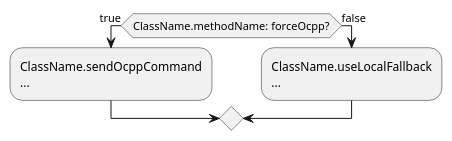
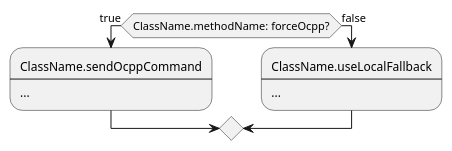
The diagram in tool--plantuml-activity-tree/SKILL.md (machingclee/my-skills), drawn with PlantUML before and after one commit. The commit also changed other lines of this file and 1 other file, not shown here.

````diff
--- a/tool--plantuml-activity-tree/SKILL.md
+++ b/tool--plantuml-activity-tree/SKILL.md
@@ -186,9 +193,11 @@
 ```plantuml
 if (ClassName.methodName: forceOcpp?) then (true)
   :ClassName.sendOcppCommand
-  ...;
+----
+...;
 else (false)
   :ClassName.useLocalFallback
-  ...;
+----
+...;
 endif
 ```
````
